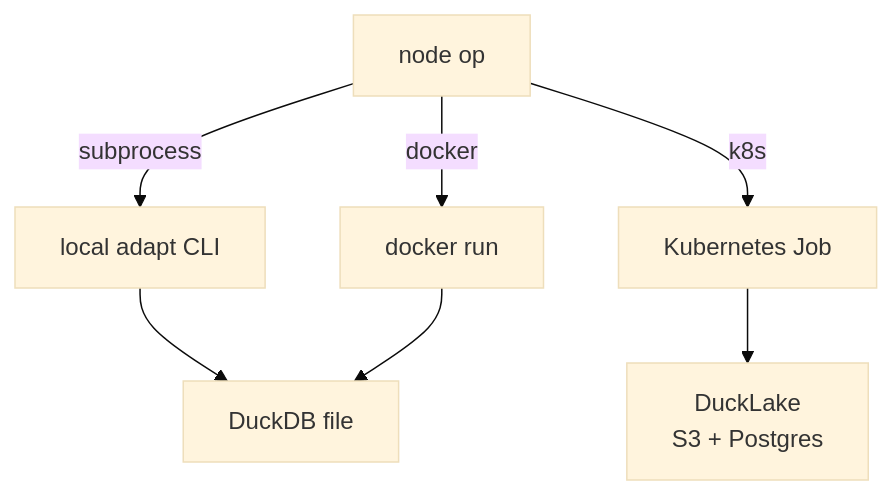
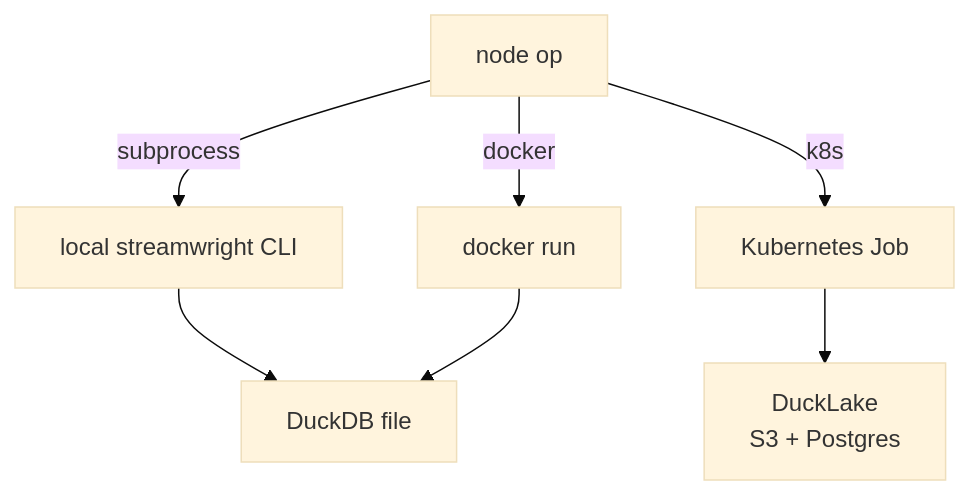
The fifth of 5 diagrams in docs/architecture.md (karthick-jaganathan/ADaPT-ETL), drawn with Mermaid (base theme) before and after one commit. The commit also changed other lines of this file and 274 other files, not shown here.

````diff
--- a/docs/architecture.md
+++ b/docs/architecture.md
@@ -161,10 +161,10 @@
 ```mermaid
 flowchart TB
     OP["node op"]
-    OP -->|subprocess| S["local adapt CLI"]
+    OP -->|subprocess| S["local streamwright CLI"]
     OP -->|docker| D["docker run"]
     OP -->|k8s| K["Kubernetes Job"]
     S --> WH["DuckDB file"]
     D --> WH
     K --> LAKE["DuckLake<br/>S3 + Postgres"]
 ```
````
